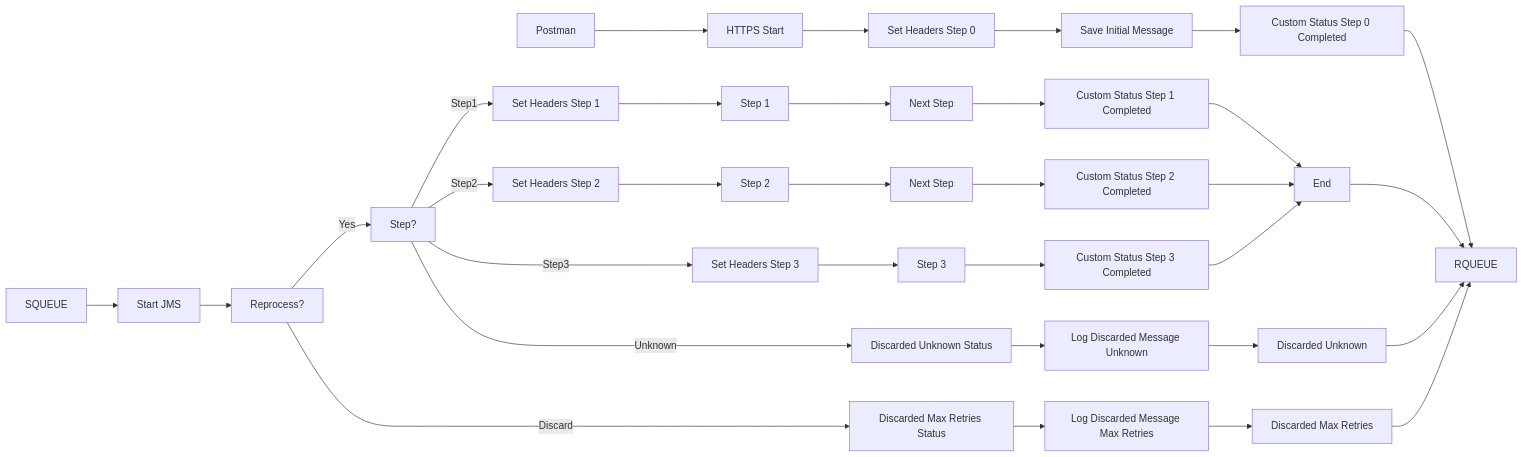
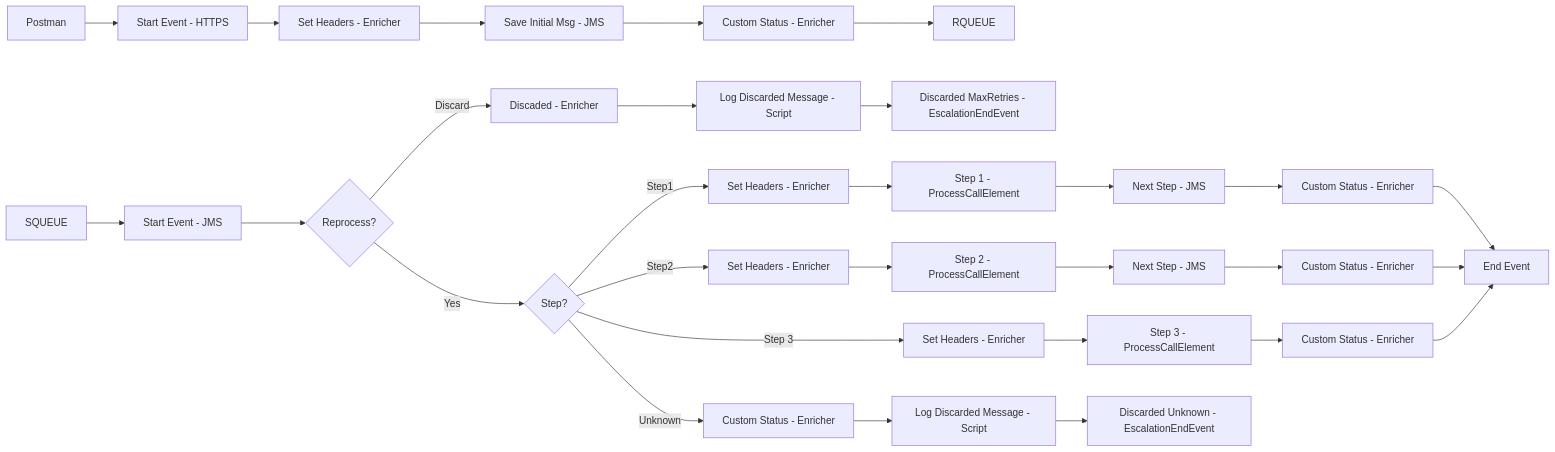
The diagram in MMZ - Cell Iflows/SEDA_Model_-_Single_Queue_-_Restart_and_Discard_MMZ-1.0.0/readme.md (Avvale-IA-CICD/AvvaleCPI), drawn with Mermaid before and after one commit. The commit also changed other lines of this file, not shown here.

Commit message:
Add/update documentation for SEDA_Model_-_Single_Queue_-_Restart_and_Discard_MMZ v1.0.0

````diff
--- a/MMZ - Cell Iflows/SEDA_Model_-_Single_Queue_-_Restart_and_Discard_MMZ-1.0.0/readme.md
+++ b/MMZ - Cell Iflows/SEDA_Model_-_Single_Queue_-_Restart_and_Discard_MMZ-1.0.0/readme.md
@@ -4,40 +4,32 @@
 ```mermaid
 graph LR
-    Postman --> HTTPS_Start[HTTPS Start]
-    HTTPS_Start --> SetHeaders0[Set Headers Step 0]
-    SetHeaders0 --> SaveInitialMsg[Save Initial Message]
-    SaveInitialMsg --> CustomStatus0[Custom Status Step 0 Completed]
+    Postman --> HTTPS[Start Event - HTTPS]
+    HTTPS --> SetHeaders0[Set Headers - Enricher]
+    SetHeaders0 --> SaveInitialMsg[Save Initial Msg - JMS]
+    SaveInitialMsg --> CustomStatus0[Custom Status - Enricher]
     CustomStatus0 --> RQUEUE
 
-    SQUEUE --> Start[Start JMS]
-    Start --> Reprocess[Reprocess?]
-    Reprocess -- Yes --> StepCheck[Step?]
-    Reprocess -- Discard --> DiscardMaxRetriesStatus[Discarded Max Retries Status]
-    DiscardMaxRetriesStatus --> LogDiscardedMessageMaxRetries[Log Discarded Message Max Retries]
-    LogDiscardedMessageMaxRetries --> DiscardedMaxRetries[Discarded Max Retries]
-
-    StepCheck -- Step1 --> SetHeaders1[Set Headers Step 1]
-    StepCheck -- Step2 --> SetHeaders2[Set Headers Step 2]
-    StepCheck -- Step3 --> SetHeaders3[Set Headers Step 3]
-    StepCheck -- Unknown --> DiscardUnknownStatus[Discarded Unknown Status]
-    DiscardUnknownStatus --> LogDiscardedMessageUnknown[Log Discarded Message Unknown]
-    LogDiscardedMessageUnknown --> DiscardedUnknown[Discarded Unknown]
-
-    SetHeaders1 --> Step1[Step 1]
-    Step1 --> NextStep1[Next Step]
-    NextStep1 --> CustomStatus1[Custom Status Step 1 Completed]
-    CustomStatus1 --> End
-
-    SetHeaders2 --> Step2[Step 2]
-    Step2 --> NextStep2[Next Step]
-    NextStep2 --> CustomStatus2[Custom Status Step 2 Completed]
+    SQUEUE --> Start[Start Event - JMS]
+    Start --> Reprocess{Reprocess?}
+    Reprocess -- Discard --> DiscardedStatus[Discaded - Enricher]
+    DiscardedStatus --> LogDiscardedMaxRetries[Log Discarded Message - Script]
+    LogDiscardedMaxRetries --> DiscardedMaxRetries[Discarded MaxRetries - EscalationEndEvent]
+    Reprocess -- Yes --> StepCheck{Step?}
+    StepCheck -- Step1 --> SetHeaders1[Set Headers - Enricher]
+    SetHeaders1 --> Step1Call[Step 1 - ProcessCallElement]
+    Step1Call --> JMS_STEP1[Next Step - JMS]
+    JMS_STEP1 --> CustomStatus1[Custom Status - Enricher]
+    CustomStatus1 --> End[End Event]
+    StepCheck -- Step2 --> SetHeaders2[Set Headers - Enricher]
+    SetHeaders2 --> Step2Call[Step 2 - ProcessCallElement]
+    Step2Call --> JMS_STEP2[Next Step - JMS]
+    JMS_STEP2 --> CustomStatus2[Custom Status - Enricher]
     CustomStatus2 --> End
-
-    SetHeaders3 --> Step3[Step 3]
-    Step3 --> CustomStatus3[Custom Status Step 3 Completed]
+    StepCheck -- Step 3 --> SetHeaders3[Set Headers - Enricher]
+    SetHeaders3 --> Step3Call[Step 3 - ProcessCallElement]
+    Step3Call --> CustomStatus3[Custom Status - Enricher]
     CustomStatus3 --> End
-
-    End --> RQUEUE
-    DiscardedMaxRetries --> RQUEUE
-    DiscardedUnknown --> RQUEUE
+    StepCheck -- Unknown --> DiscardedStatusUnknown[Custom Status - Enricher]
+    DiscardedStatusUnknown --> LogDiscardedUnknown[Log Discarded Message - Script]
+    LogDiscardedUnknown --> DiscardedUnknown[Discarded Unknown - EscalationEndEvent]
 ```
````
